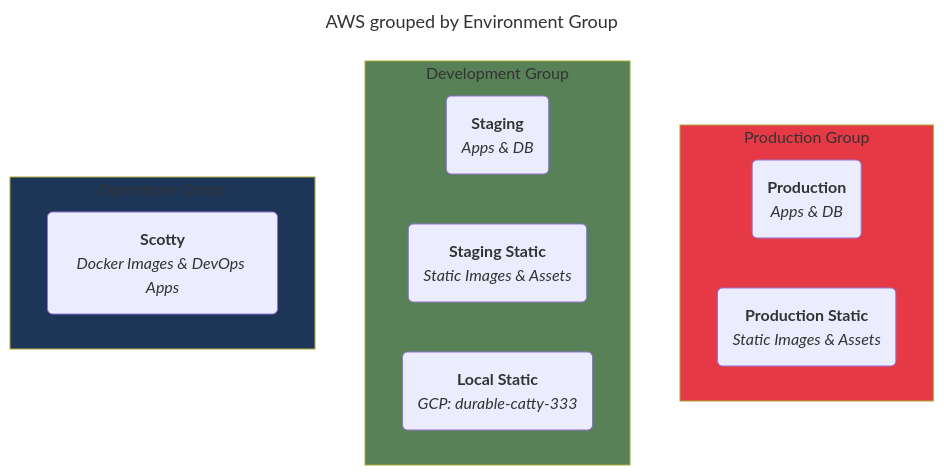
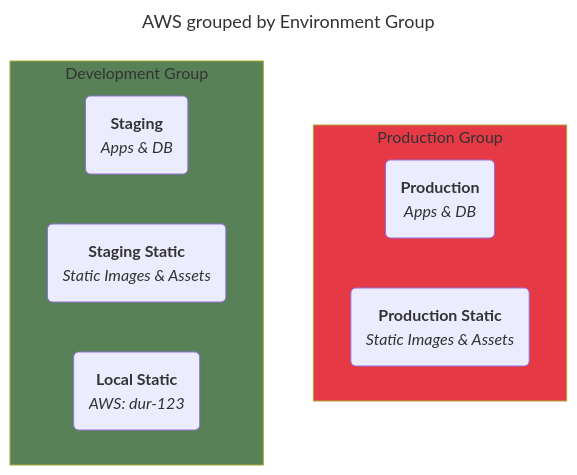
One commit to joggrdocs/joggr-templates changed the diagram in templates/environment.md. Above: the diagram before and after it, drawn with Mermaid.

````diff
--- a/templates/environment.md
+++ b/templates/environment.md
@@ -16,38 +16,28 @@
 ```mermaid
 ---
 title: AWS grouped by Environment Group
 ---
 flowchart TB;
   subgraph prd["Production Group"]
     gcp-prd("`**Production**
 _Apps & DB_
 `")
     gcp-prd-static("`**Production Static**
 _Static Images & Assets_
 `")
   end
   style prd fill:#e63946
 
   subgraph dev["Development Group"]
     gcp-stg("`**Staging**
 _Apps & DB_
 `")
     gcp-stg-static("`**Staging Static**
 _Static Images & Assets_
 `")
     gcp-local-static("`**Local Static**
-_GCP: durable-catty-333_
+_AWS: dur-123_
 `")
   end
   style dev fill:#588157
-
-  subgraph ops["Operations Group"]
-    gcp-vault("`**Vault**
-_Backup for GitHub Repos_
-`")
-    gcp-vault("`**Scotty**
-_Docker Images & DevOps Apps_
-`")
-  end
-  style ops fill:#1d3557
 ```
````
